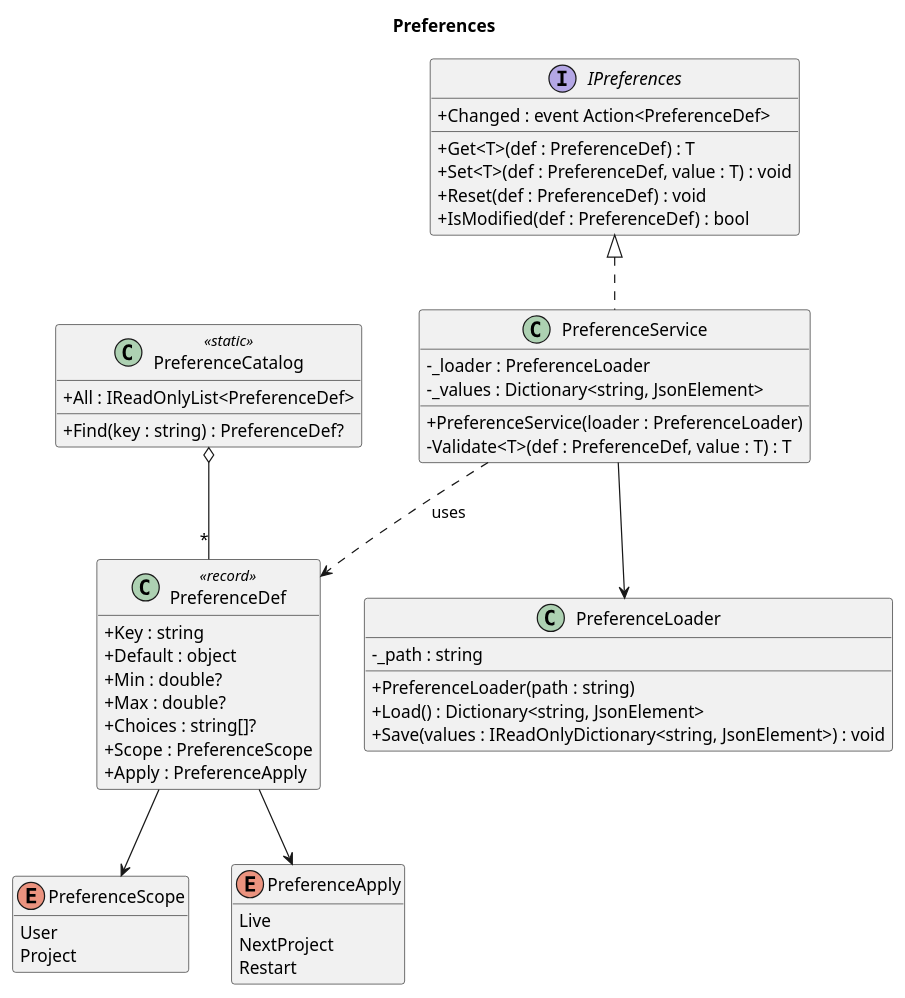
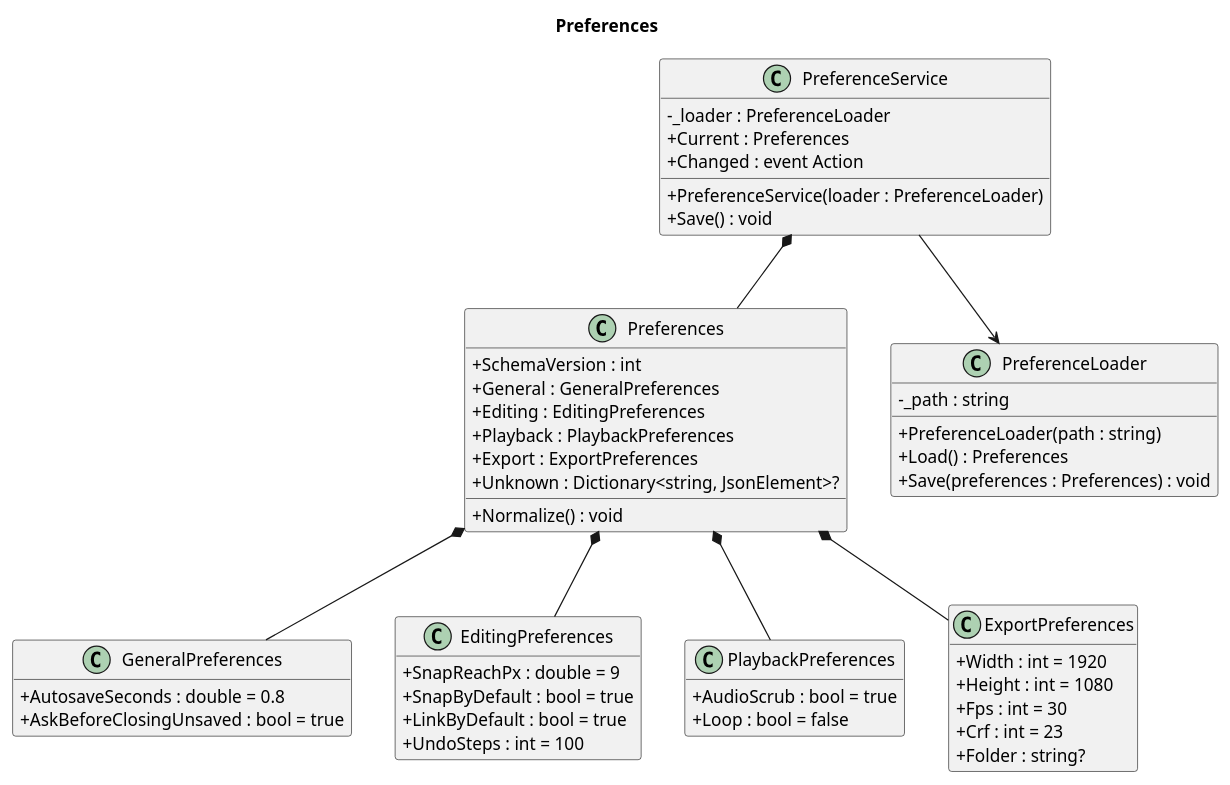
One commit to Die-Banane/Fig changed the diagram in uml/persistence/preferences-schema.puml. Above: the diagram before and after it, drawn with PlantUML. The commit also changed 12 other files, not shown here.

```diff
--- a/uml/persistence/preferences-schema.puml
+++ b/uml/persistence/preferences-schema.puml
@@ -1,60 +1,62 @@
 @startuml
 title Preferences
 skinparam classAttributeIconSize 0
 hide empty members
 
-enum PreferenceScope {
-  User
-  Project
+class Preferences {
+  + SchemaVersion : int
+  + General : GeneralPreferences
+  + Editing : EditingPreferences
+  + Playback : PlaybackPreferences
+  + Export : ExportPreferences
+  + Unknown : Dictionary<string, JsonElement>?
+  + Normalize() : void
 }
 
-enum PreferenceApply {
-  Live
-  NextProject
-  Restart
+class GeneralPreferences {
+  + AutosaveSeconds : double = 0.8
+  + AskBeforeClosingUnsaved : bool = true
 }
 
-class PreferenceDef <<record>> {
-  + Key : string
-  + Default : object
-  + Min : double?
-  + Max : double?
-  + Choices : string[]?
-  + Scope : PreferenceScope
-  + Apply : PreferenceApply
+class EditingPreferences {
+  + SnapReachPx : double = 9
+  + SnapByDefault : bool = true
+  + LinkByDefault : bool = true
+  + UndoSteps : int = 100
 }
 
-class PreferenceCatalog <<static>> {
-  + All : IReadOnlyList<PreferenceDef>
-  + Find(key : string) : PreferenceDef?
+class PlaybackPreferences {
+  + AudioScrub : bool = true
+  + Loop : bool = false
 }
 
-interface IPreferences {
-  + Get<T>(def : PreferenceDef) : T
-  + Set<T>(def : PreferenceDef, value : T) : void
-  + Reset(def : PreferenceDef) : void
-  + IsModified(def : PreferenceDef) : bool
-  + Changed : event Action<PreferenceDef>
+class ExportPreferences {
+  + Width : int = 1920
+  + Height : int = 1080
+  + Fps : int = 30
+  + Crf : int = 23
+  + Folder : string?
 }
 
 class PreferenceService {
   - _loader : PreferenceLoader
-  - _values : Dictionary<string, JsonElement>
+  + Current : Preferences
+  + Changed : event Action
   + PreferenceService(loader : PreferenceLoader)
-  - Validate<T>(def : PreferenceDef, value : T) : T
+  + Save() : void
 }
 
 class PreferenceLoader {
   - _path : string
   + PreferenceLoader(path : string)
-  + Load() : Dictionary<string, JsonElement>
-  + Save(values : IReadOnlyDictionary<string, JsonElement>) : void
+  + Load() : Preferences
+  + Save(preferences : Preferences) : void
 }
 
-PreferenceDef --> PreferenceScope
-PreferenceDef --> PreferenceApply
-PreferenceCatalog o-- "*" PreferenceDef
-IPreferences <|.. PreferenceService
+Preferences *-- GeneralPreferences
+Preferences *-- EditingPreferences
+Preferences *-- PlaybackPreferences
+Preferences *-- ExportPreferences
+PreferenceService *-- Preferences
 PreferenceService --> PreferenceLoader
-PreferenceService ..> PreferenceDef : uses
 @enduml
```
